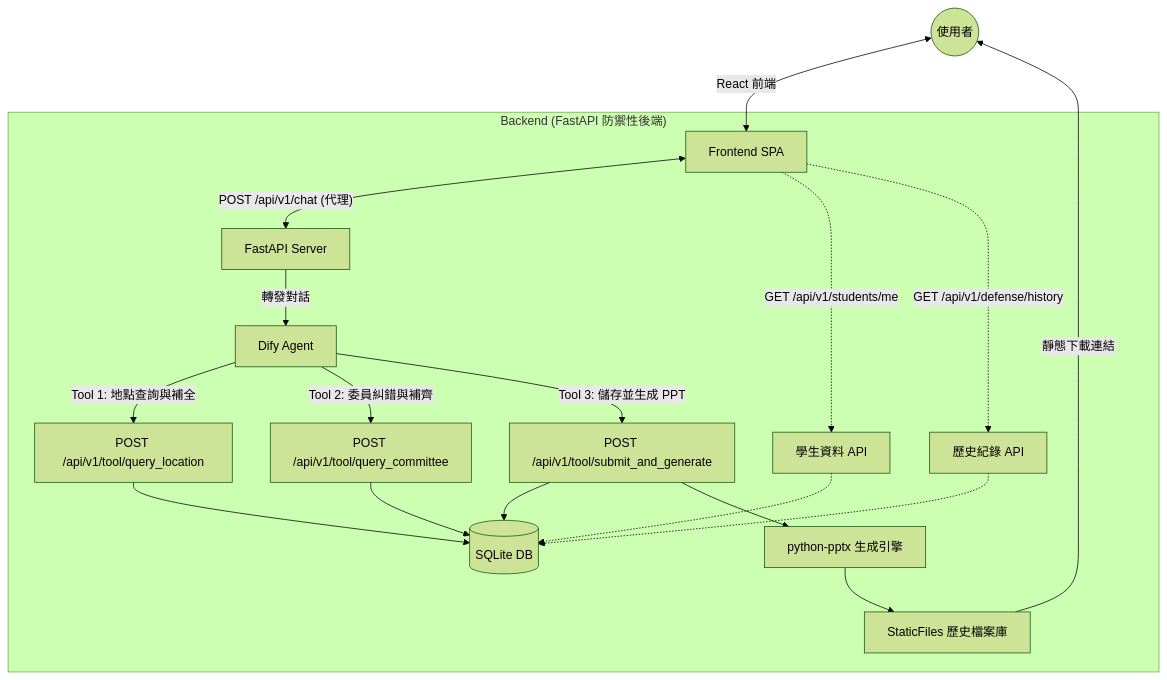
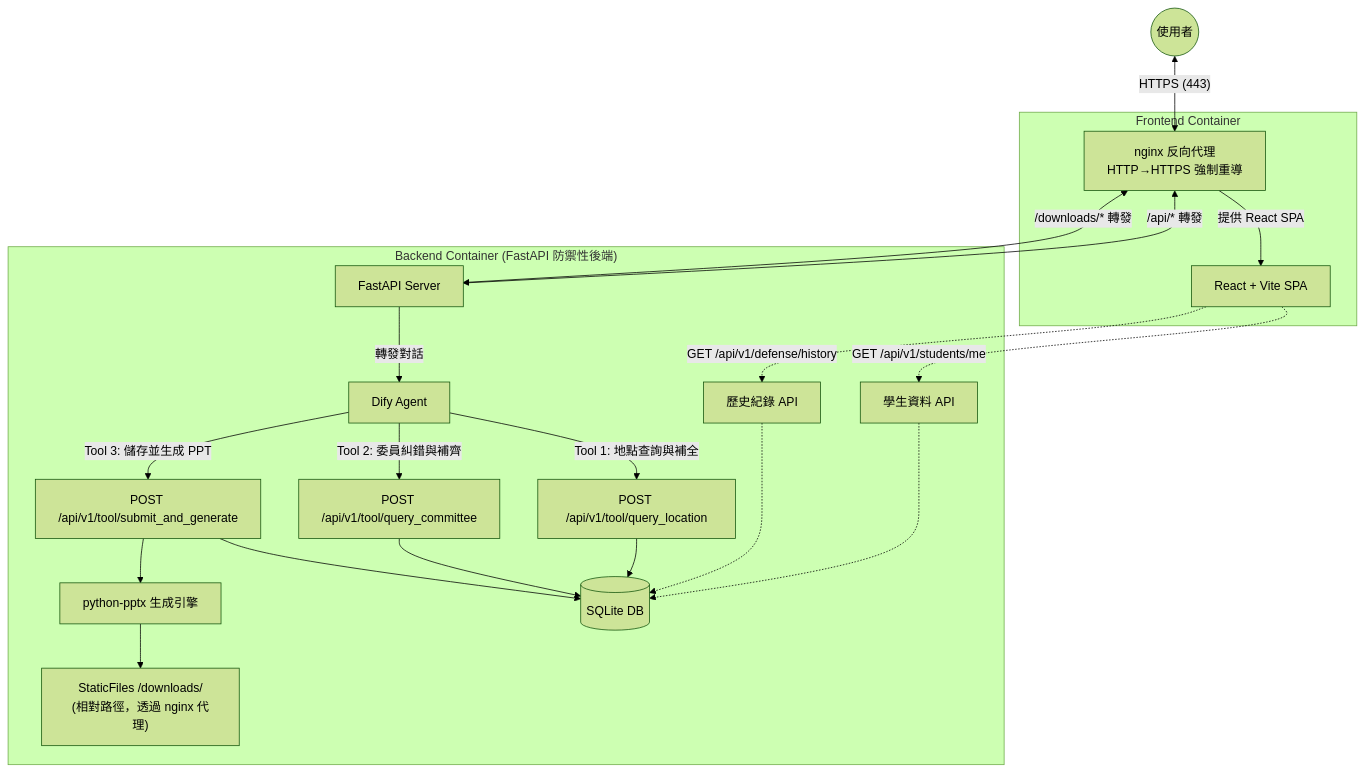
One commit to NTUST-Lab-training/defense-bot changed the diagram in README.md. Above: the diagram before and after it, drawn with Mermaid (forest theme). The commit also changed other lines of this file and 5 other files, not shown here.

````diff
--- a/README.md
+++ b/README.md
@@ -31,26 +31,30 @@
 ```mermaid
 graph TD
-    User((使用者)) <-->|React 前端| Frontend[Frontend SPA]
-    Frontend <-->|"POST /api/v1/chat (代理)"|Backend
+    User((使用者)) <-->|"HTTPS (443)"| Nginx
 
-    subgraph "Backend (FastAPI 防禦性後端)"
+    subgraph "Frontend Container"
+        Nginx[nginx 反向代理\nHTTP→HTTPS 強制重導] -->|提供 React SPA| SPA[React + Vite SPA]
+    end
+
+    Nginx <-->|"/api/* 轉發"| Backend
+    Nginx <-->|"/downloads/* 轉發"| Backend
+
+    subgraph "Backend Container (FastAPI 防禦性後端)"
         Backend[FastAPI Server] -->|轉發對話| Dify[Dify Agent]
         
         Dify --"Tool 1: 地點查詢與補全"--> LocAPI["POST /api/v1/tool/query_location"]
         Dify --"Tool 2: 委員糾錯與補齊"--> ComAPI["POST /api/v1/tool/query_committee"]
         Dify --"Tool 3: 儲存並生成 PPT"--> GenAPI["POST /api/v1/tool/submit_and_generate"]
         
         LocAPI --> DB[(SQLite DB)]
         ComAPI --> DB
         GenAPI --> DB
         GenAPI --> PPT[python-pptx 生成引擎]
-        PPT --> DL[StaticFiles 歷史檔案庫]
+        PPT --> DL["StaticFiles /downloads/\n(相對路徑，透過 nginx 代理)"]
         
-        Frontend -.->|"GET /api/v1/students/me"| ProfileAPI[學生資料 API]
-        Frontend -.->|"GET /api/v1/defense/history"| HistoryAPI[歷史紀錄 API]
+        SPA -.->|"GET /api/v1/students/me"| ProfileAPI[學生資料 API]
+        SPA -.->|"GET /api/v1/defense/history"| HistoryAPI[歷史紀錄 API]
         ProfileAPI -.-> DB
         HistoryAPI -.-> DB
     end
-    
-    DL --"靜態下載連結"--> User
 ```
````
